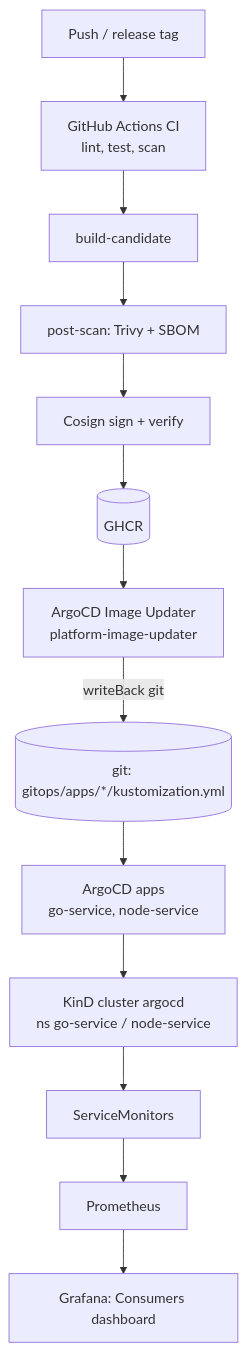
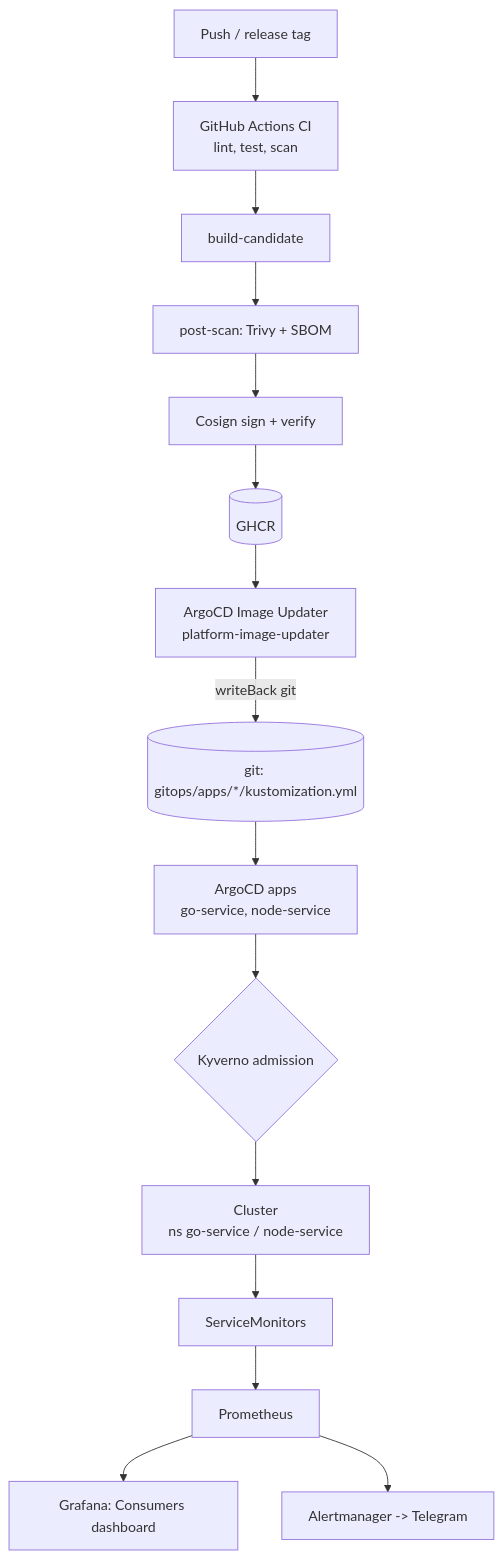
The seventh of 7 diagrams in docs/architecture.md (eann1s/cicd-platform), drawn with Mermaid before and after one commit. The commit also changed other lines of this file and 6 other files, not shown here.

````diff
--- a/docs/architecture.md
+++ b/docs/architecture.md
@@ -266,15 +340,17 @@
 ```mermaid
 flowchart TD
   push[Push / release tag] --> ci[GitHub Actions CI<br/>lint, test, scan]
   ci --> build[build-candidate]
   build --> sbom[post-scan: Trivy + SBOM]
   sbom --> sign[Cosign sign + verify]
   sign --> ghcr[(GHCR)]
   ghcr --> iu[ArgoCD Image Updater<br/>platform-image-updater]
   iu -->|writeBack git| repo[(git: gitops/apps/*/kustomization.yml)]
   repo --> argo[ArgoCD apps<br/>go-service, node-service]
-  argo --> cluster[KinD cluster argocd<br/>ns go-service / node-service]
+  argo --> kyv{Kyverno admission}
+  kyv --> cluster[Cluster<br/>ns go-service / node-service]
   cluster --> sm[ServiceMonitors]
   sm --> prom[Prometheus]
   prom --> graf[Grafana: Consumers dashboard]
+  prom --> am[Alertmanager -> Telegram]
 ```
````
